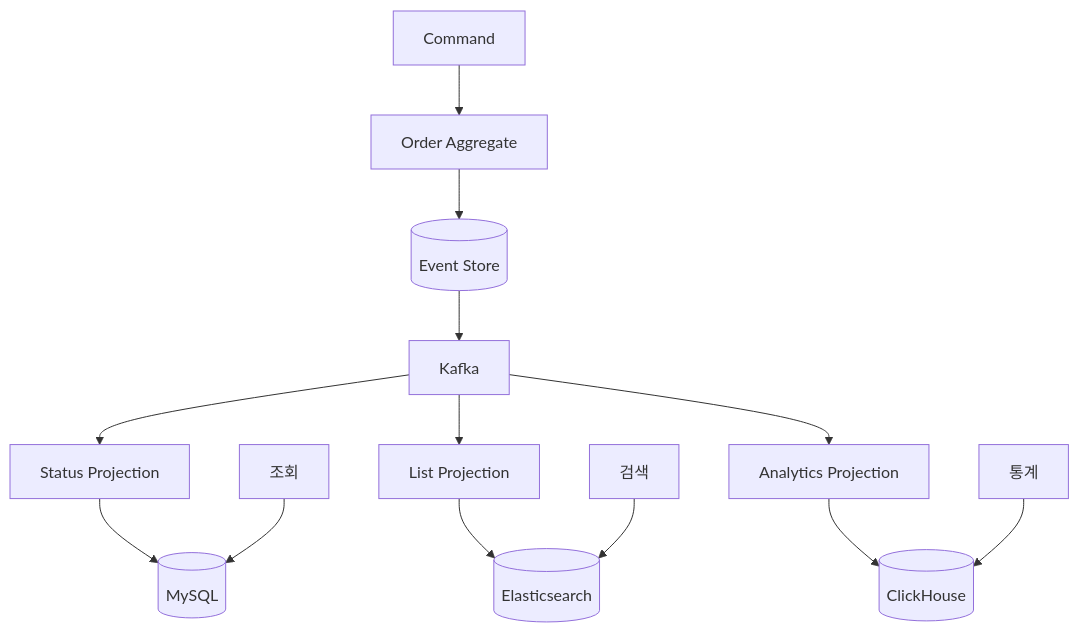
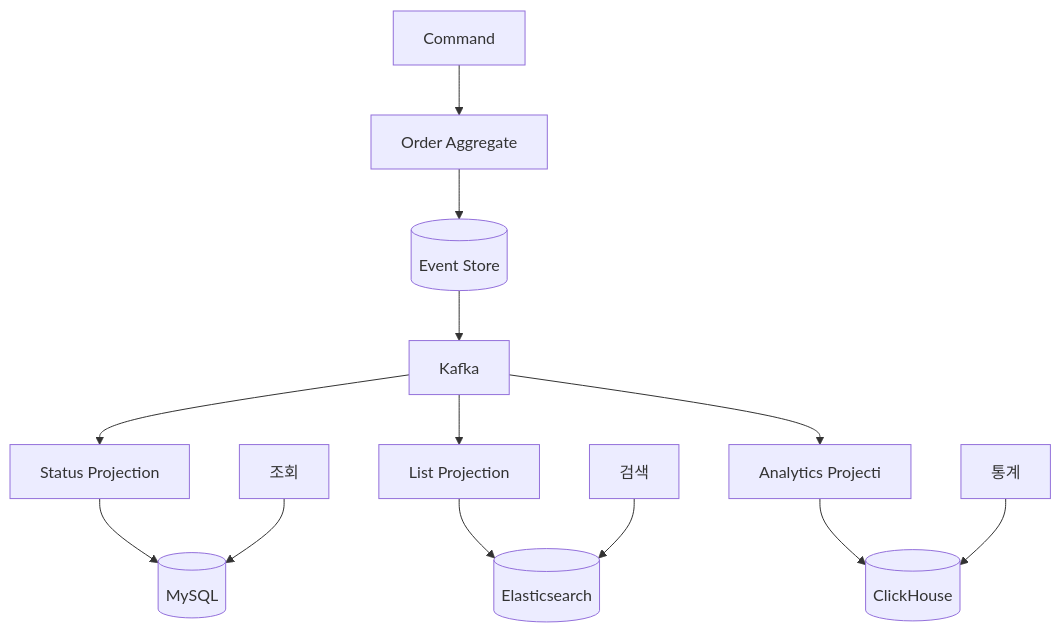
The fourth of 4 diagrams in _posts/architecture/2026-05-01-event-driven.md (yjkim2015/yjkim2015.github.io), drawn with Mermaid before and after one commit. The commit also changed other lines of this file and 271 other files, not shown here.

First line of the commit message:
Mermaid 라벨 축소: 긴 노드 텍스트 18자 이하로 트림 + \n 제거

````diff
--- a/_posts/architecture/2026-05-01-event-driven.md
+++ b/_posts/architecture/2026-05-01-event-driven.md
@@ -295,11 +295,11 @@
 ```mermaid
 graph TD
     CMD["Command"] --> AGG["Order Aggregate"] --> ES[("Event Store")]
     ES --> KB["Kafka"]
     KB --> P1["Status Projection"] --> DB1[("MySQL")]
     KB --> P2["List Projection"] --> DB2[("Elasticsearch")]
-    KB --> P3["Analytics Projection"] --> DB3[("ClickHouse")]
+    KB --> P3["Analytics Projecti"] --> DB3[("ClickHouse")]
     Q1["조회"] --> DB1
     Q2["검색"] --> DB2
     Q3["통계"] --> DB3
 ```
````
